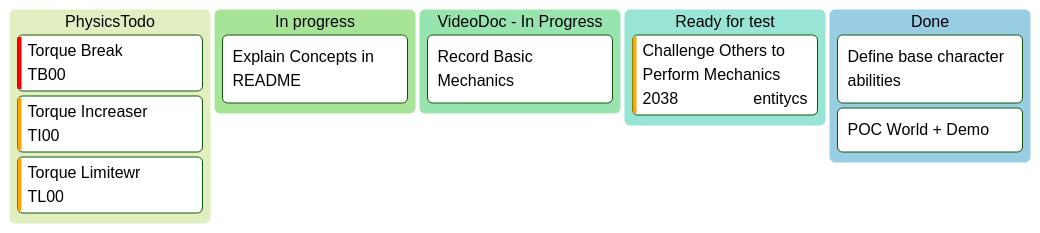
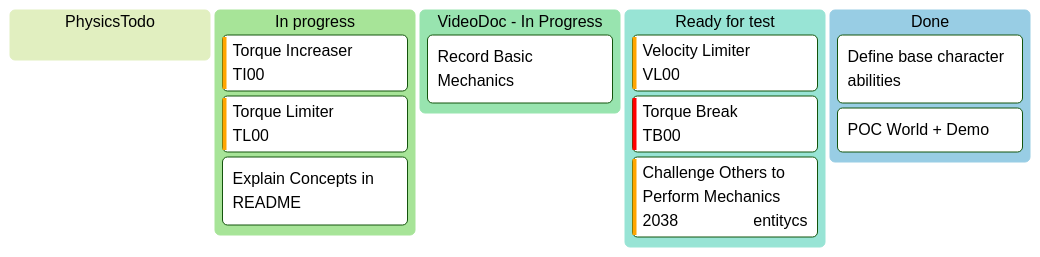
Before and after one commit to entitycs/WaMBaM: the second of 9 diagrams in README.md, drawn with Mermaid.

Commit message:
update kanban

````diff
--- a/README.md
+++ b/README.md
@@ -90,21 +90,23 @@
 ```mermaid
 ---
 config:
   theme: 'forest'
 ---
 kanban
   physics[PhysicsTodo]
-    tg[Torque Break]@{ticket: TB00,  priority: 'Very High'}
+  q[In progress]
     tg[Torque Increaser]@{ticket: TI00,  priority: 'High'}
-    tg[Torque Limitewr]@{ticket: TL00,  priority: 'High'}
-  q[In progress]
+    tg[Torque Limiter]@{ticket: TL00,  priority: 'High'}
     id6[Explain Concepts in README]
   id9[VideoDoc - In Progress]
     id8[Record Basic Mechanics] 
   id10[Ready for test]
+    vl[Velocity Limiter]@{ticket: VL00, priority: 'High'}
+
+    tg[Torque Break]@{ticket: TB00,  priority: 'Very High'}
     id4[Challenge Others to Perform Mechanics]@{ ticket: 2038, assigned: 'entitycs', priority: 'High' }
   id11[Done]
     id5[Define base character abilities]
     id2[POC World + Demo] 
  
 ```
````
